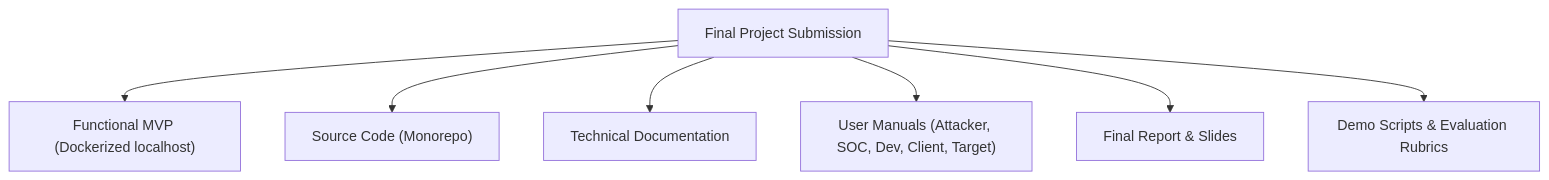
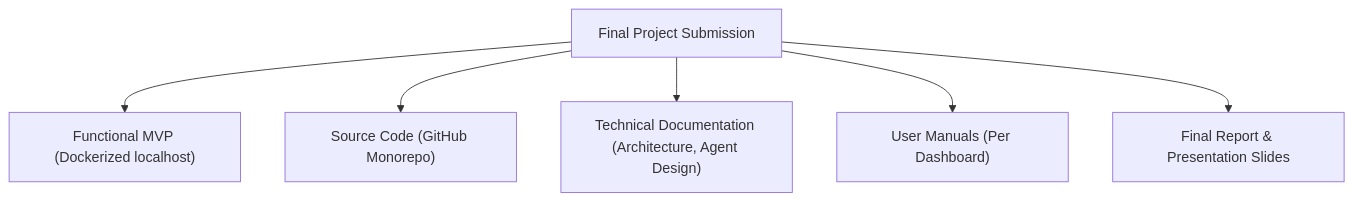
Diagram 12 of 13 in 0 - Proposal.md (mahmoud01277599066-design/Advanced-Cybersecurity-Intelligence-Platform-v1), drawn with Mermaid before and after one commit. The commit also changed other lines of this file, not shown here.

````diff
--- a/0 - Proposal.md
+++ b/0 - Proposal.md
@@ -339,12 +382,9 @@
 ```mermaid
 graph TD
-  ROOT["Final Project Submission"]
-  ROOT --> D1["Functional MVP (Dockerized localhost)"]
-  ROOT --> D2["Source Code (Monorepo)"]
-  ROOT --> D3["Technical Documentation"]
-  ROOT --> D4["User Manuals (Attacker, SOC, Dev, Client, Target)"]
-  ROOT --> D5["Final Report & Slides"]
-  ROOT --> D6["Demo Scripts & Evaluation Rubrics"]
-
-
+    ROOT["Final Project Submission"]
+    ROOT --> D1["Functional MVP (Dockerized localhost)"]
+    ROOT --> D2["Source Code (GitHub Monorepo)"]
+    ROOT --> D3["Technical Documentation (Architecture, Agent Design)"]
+    ROOT --> D4["User Manuals (Per Dashboard)"]
+    ROOT --> D5["Final Report & Presentation Slides"]
 ```
````
